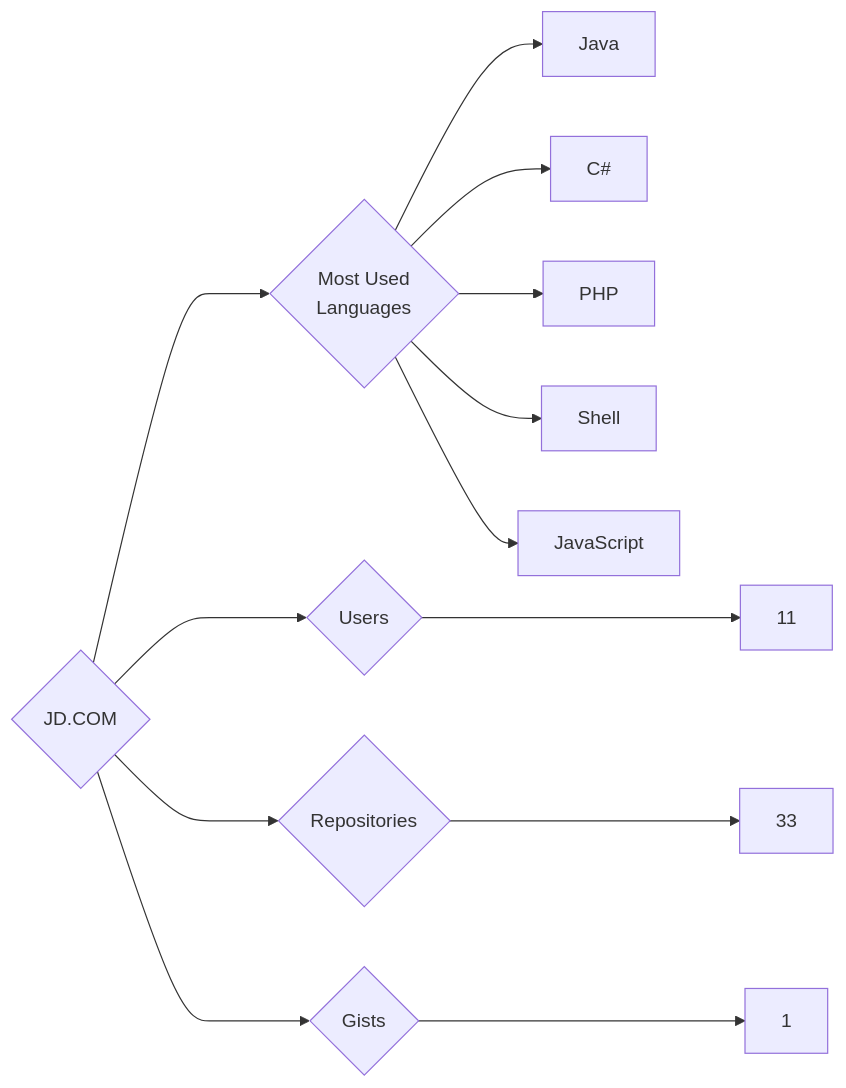
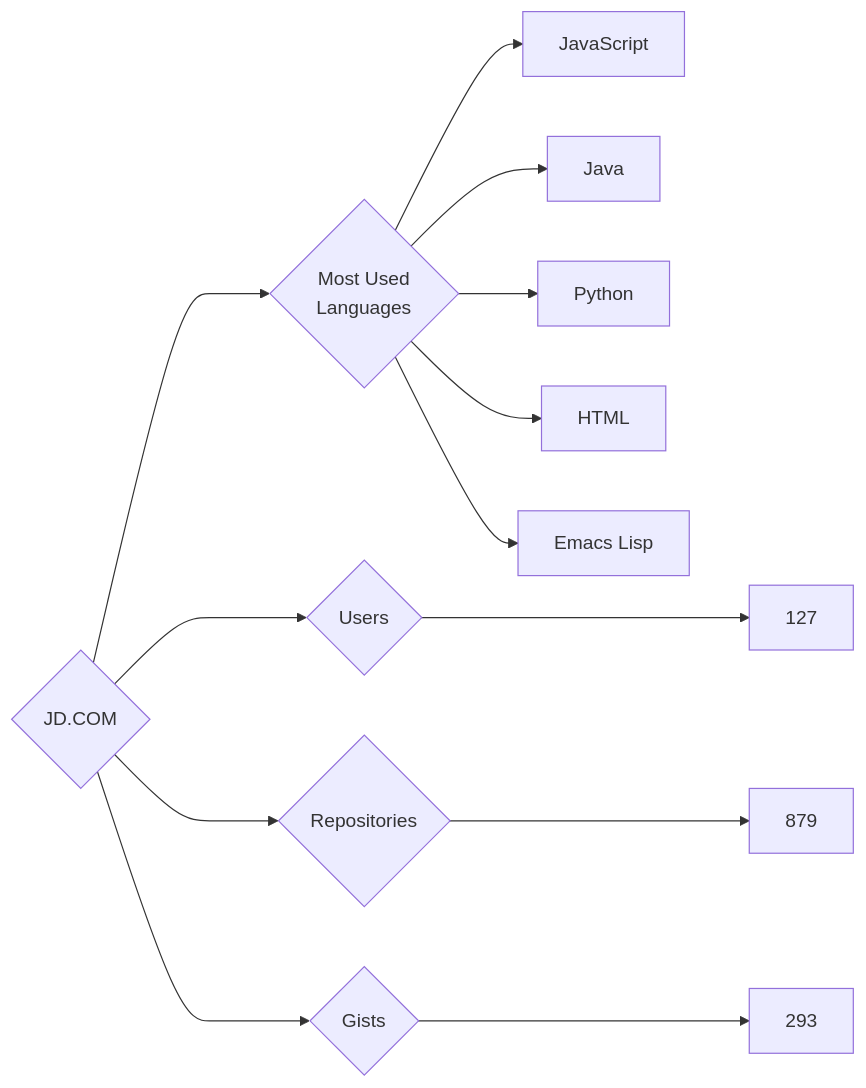
Before and after one commit to trickest/insiders: the diagram in targets/JD.COM/README.md, drawn with Mermaid. The commit also changed 1248 other files, not shown here.

````diff
--- a/targets/JD.COM/README.md
+++ b/targets/JD.COM/README.md
@@ -3,13 +3,13 @@
 ```mermaid
 graph LR
 COMPANY_NAME{JD.COM}
-COMPANY_NAME ---> U{Users} ---> UN[11]
-COMPANY_NAME ---> R{Repositories} ---> RN[33]
-COMPANY_NAME ---> G{Gists} ---> GN[1]
+COMPANY_NAME ---> U{Users} ---> UN[127]
+COMPANY_NAME ---> R{Repositories} ---> RN[879]
+COMPANY_NAME ---> G{Gists} ---> GN[293]
 COMPANY_NAME ---> ML{Most Used<br>Languages}
+ML --> JavaScript[JavaScript]
 ML --> Java[Java]
-ML --> C#[C#]
-ML --> PHP[PHP]
-ML --> Shell[Shell]
-ML --> JavaScript[JavaScript]
+ML --> Python[Python]
+ML --> HTML[HTML]
+ML --> Emacs_Lisp[Emacs Lisp]
 ```
````
